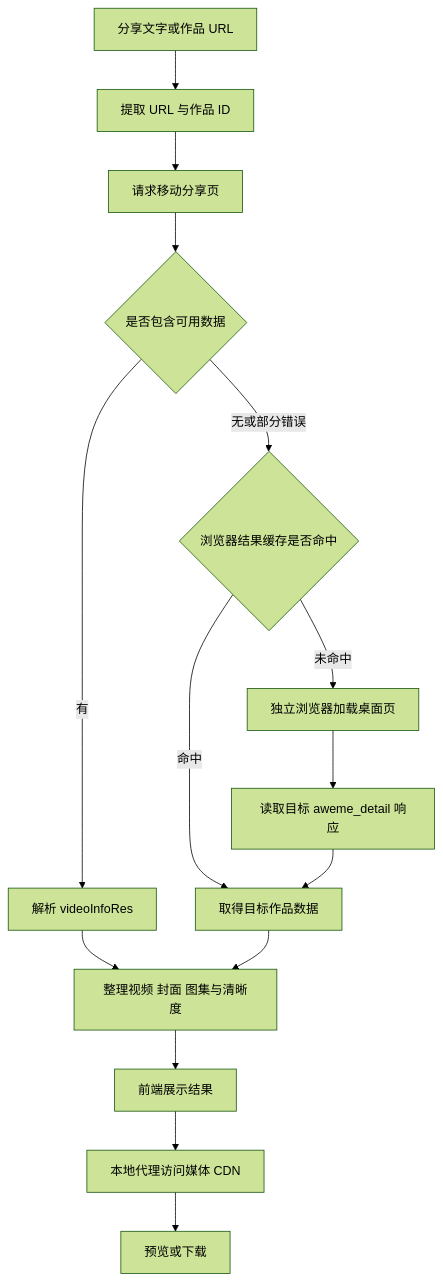
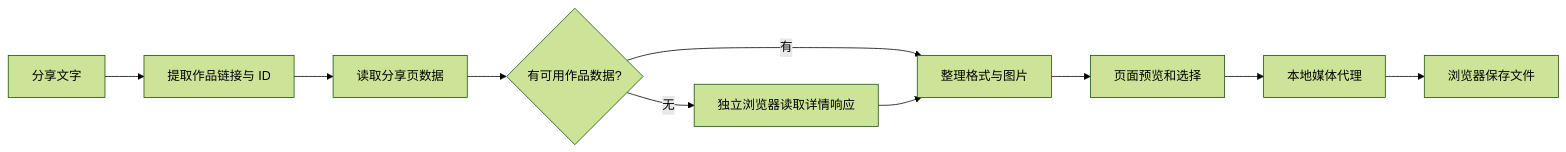
Before and after one commit to kayaduster607-jpg/douyin-lens: the diagram in README.md, drawn with Mermaid (forest theme). The commit also changed other lines of this file, not shown here.

````diff
--- a/README.md
+++ b/README.md
@@ -137,17 +50,12 @@
 ```mermaid
-flowchart TD
-    A[分享文字或作品 URL] --> B[提取 URL 与作品 ID]
-    B --> C[请求移动分享页]
-    C --> D{是否包含可用数据}
-    D -->|有| E[解析 videoInfoRes]
-    D -->|无或部分错误| F{浏览器结果缓存是否命中}
-    F -->|命中| H[取得目标作品数据]
-    F -->|未命中| G[独立浏览器加载桌面页]
-    G --> I[读取目标 aweme_detail 响应]
-    I --> H
-    E --> J[整理视频 封面 图集与清晰度]
-    H --> J
-    J --> K[前端展示结果]
-    K --> L[本地代理访问媒体 CDN]
-    L --> M[预览或下载]
+flowchart LR
+    A[分享文字] --> B[提取作品链接与 ID]
+    B --> C[读取分享页数据]
+    C --> D{有可用作品数据?}
+    D -->|有| E[整理格式与图片]
+    D -->|无| F[独立浏览器读取详情响应]
+    F --> E
+    E --> G[页面预览和选择]
+    G --> H[本地媒体代理]
+    H --> I[浏览器保存文件]
 ```
````
